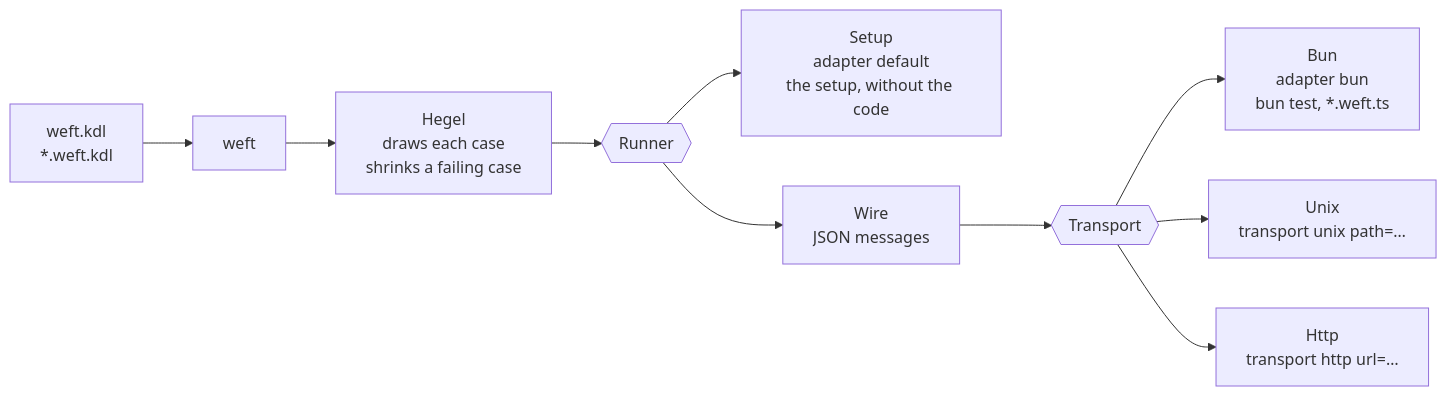
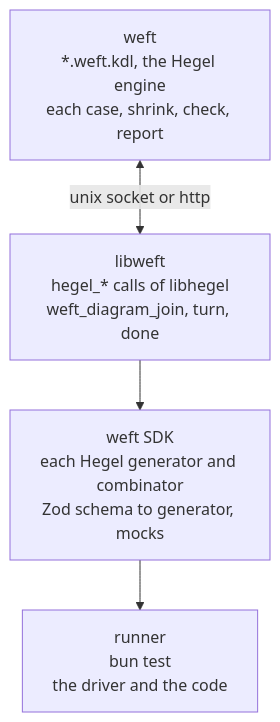
One commit to ahmedtwine/weft changed the diagram in README.md. Above: the diagram before and after it, drawn with Mermaid. The commit also changed other lines of this file and 32 other files, not shown here.

````diff
--- a/README.md
+++ b/README.md
@@ -145,12 +5,8 @@
 ```mermaid
-flowchart LR
-  files["weft.kdl<br>*.weft.kdl"] --> weft
-  weft --> hegel["Hegel<br>draws each case<br>shrinks a failing case"]
-  hegel --> runner{{Runner}}
-  runner --> setup["Setup<br>adapter default<br>the setup, without the code"]
-  runner --> wire["Wire<br>JSON messages"]
-  wire --> transport{{Transport}}
-  transport --> bun["Bun<br>adapter bun<br>bun test, *.weft.ts"]
-  transport --> unix["Unix<br>transport unix path=…"]
-  transport --> http["Http<br>transport http url=…"]
+flowchart TB
+  weft["weft<br>*.weft.kdl, the Hegel engine<br>each case, shrink, check, report"]
+  weft <-->|"unix socket or http"| lib
+  lib["libweft<br>hegel_* calls of libhegel<br>weft_diagram_join, turn, done"]
+  lib --> sdk["weft SDK<br>each Hegel generator and combinator<br>Zod schema to generator, mocks"]
+  sdk --> runner["runner<br>bun test<br>the driver and the code"]
 ```
````
